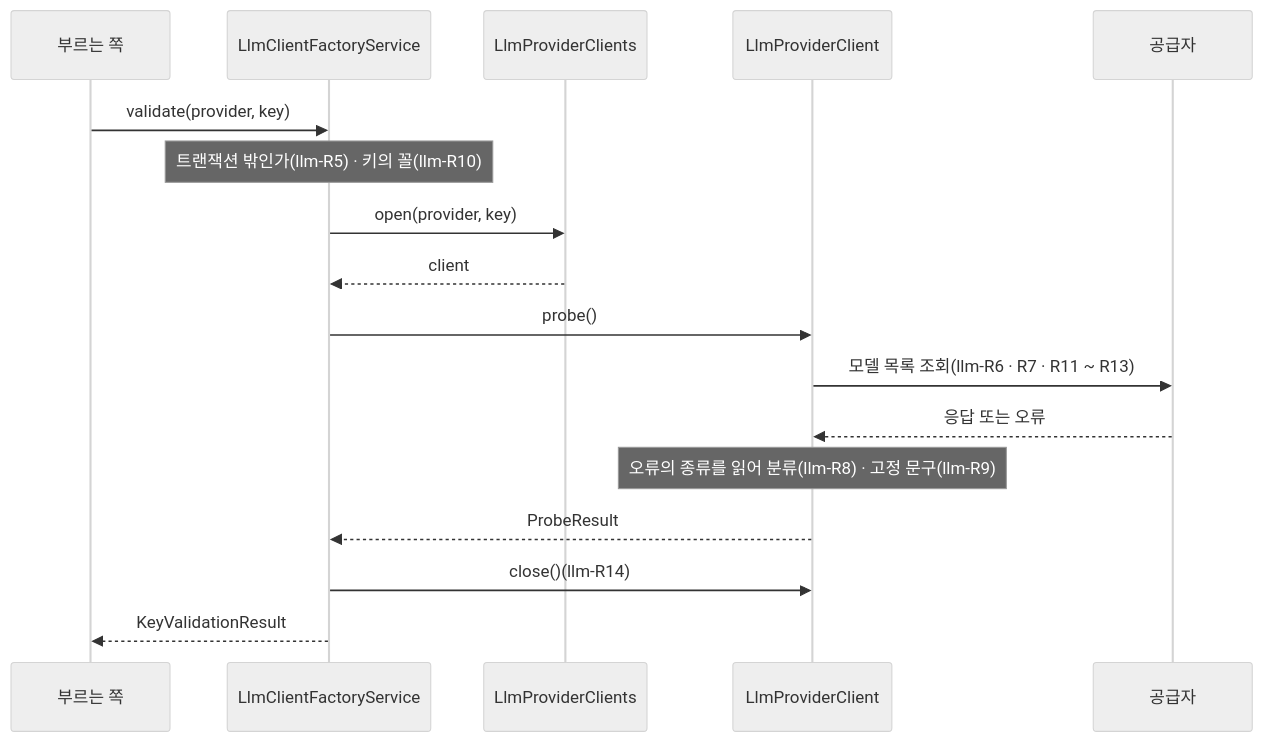
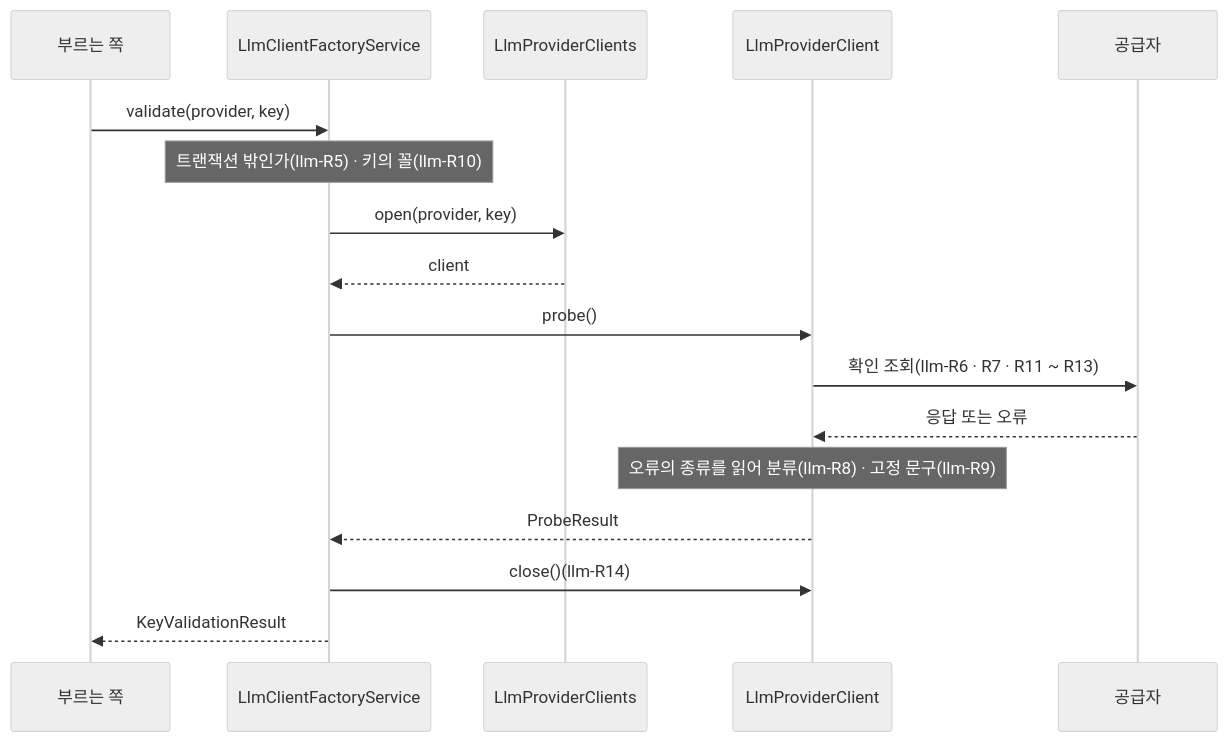
The first of 2 diagrams in docs/specs/llm.md (Theia0382/yozm-news), drawn with Mermaid (neutral theme) before and after one commit. The commit also changed other lines of this file and 21 other files, not shown here.

````diff
--- a/docs/specs/llm.md
+++ b/docs/specs/llm.md
@@ -362,19 +366,19 @@
 ```mermaid
 sequenceDiagram
     participant C as 부르는 쪽
     participant S as LlmClientFactoryService
     participant P as LlmProviderClients
     participant K as LlmProviderClient
     participant X as 공급자
     C->>S: validate(provider, key)
     Note over S: 트랜잭션 밖인가(llm-R5) · 키의 꼴(llm-R10)
     S->>P: open(provider, key)
     P-->>S: client
     S->>K: probe()
-    K->>X: 모델 목록 조회(llm-R6 · R7 · R11 ~ R13)
+    K->>X: 확인 조회(llm-R6 · R7 · R11 ~ R13)
     X-->>K: 응답 또는 오류
     Note over K: 오류의 종류를 읽어 분류(llm-R8) · 고정 문구(llm-R9)
     K-->>S: ProbeResult
     S->>K: close()(llm-R14)
     S-->>C: KeyValidationResult
 ```
````
